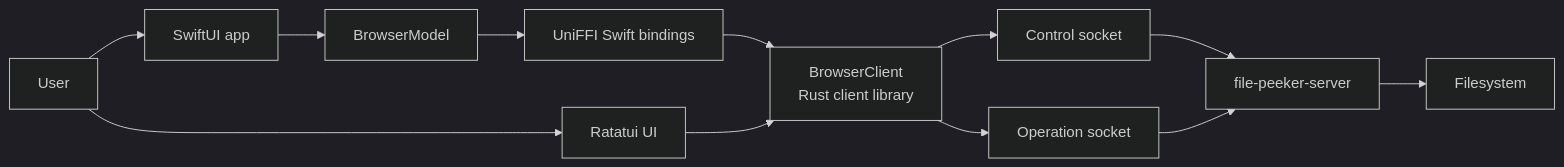
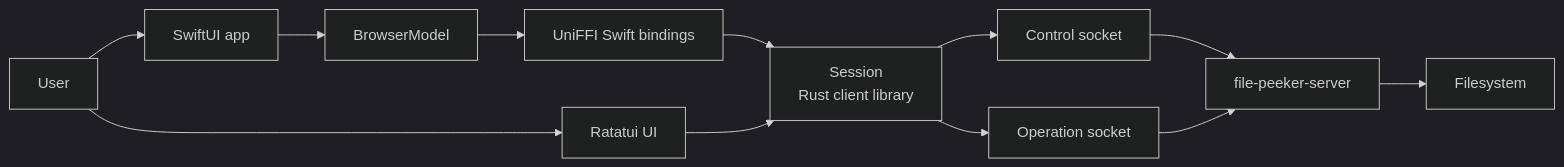
One commit to tanchihpin0517/file-peeker changed the first of 2 diagrams in docs/api.md. Above: the diagram before and after it, drawn with Mermaid (dark theme). The commit also changed other lines of this file and 25 other files, not shown here.

````diff
--- a/docs/api.md
+++ b/docs/api.md
@@ -11,25 +11,25 @@
 ```mermaid
 flowchart LR
     User[User]
     TUI[Ratatui UI]
     SwiftUI[SwiftUI app]
     Model[BrowserModel]
     Bindings[UniFFI Swift bindings]
-    Client[BrowserClient\nRust client library]
+    Client[Session\nRust client library]
     Control[Control socket]
     Operation[Operation socket]
     Server[file-peeker-server]
     Filesystem[Filesystem]
 
     User --> TUI
     User --> SwiftUI
     SwiftUI --> Model
     Model --> Bindings
     Bindings --> Client
     TUI --> Client
     Client --> Control
     Client --> Operation
     Control --> Server
     Operation --> Server
     Server --> Filesystem
 ```
````
